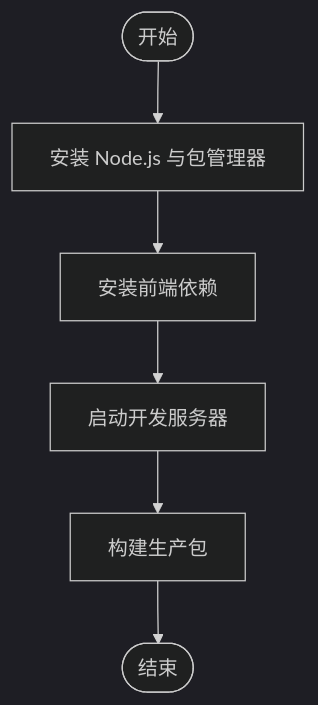
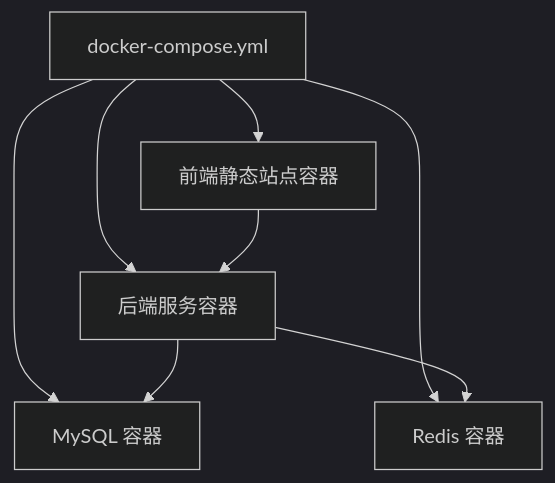
Before and after one commit to xiaoche80s-tech/rouyi-vue-pro: the sixth of 7 diagrams in .qoder/repowiki/zh/content/快速开始.md, drawn with Mermaid (dark theme). The commit also changed other lines of this file and 840 other files, not shown here.

````diff
--- a/.qoder/repowiki/zh/content/快速开始.md
+++ b/.qoder/repowiki/zh/content/快速开始.md
@@ -221,8 +233,10 @@
 ```mermaid
-flowchart TD
-Start(["开始"]) --> Install["安装 Node.js 与包管理器"]
-Install --> Deps["安装前端依赖"]
-Deps --> DevServer["启动开发服务器"]
-DevServer --> Build["构建生产包"]
-Build --> End(["结束"])
+graph TB
+DC["docker-compose.yml"] --> M["MySQL 容器"]
+DC --> R["Redis 容器"]
+DC --> S["后端服务容器"]
+DC --> A["前端静态站点容器"]
+S --> M
+S --> R
+A --> S
 ```
````
